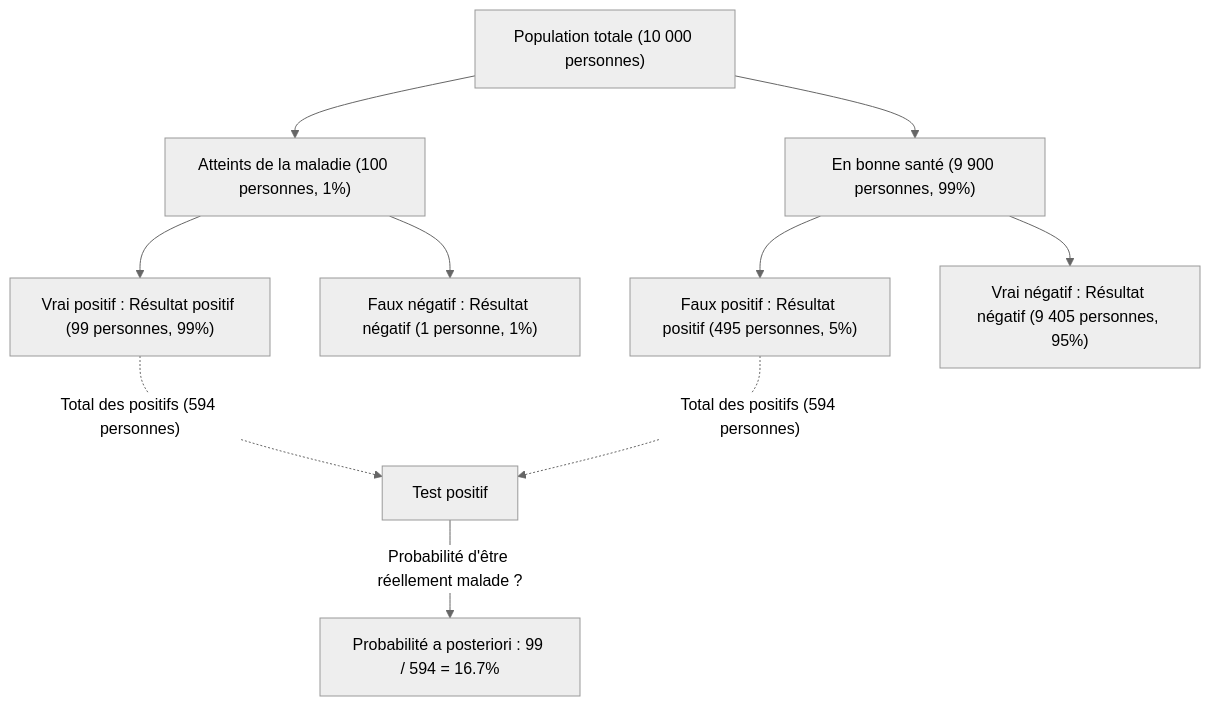
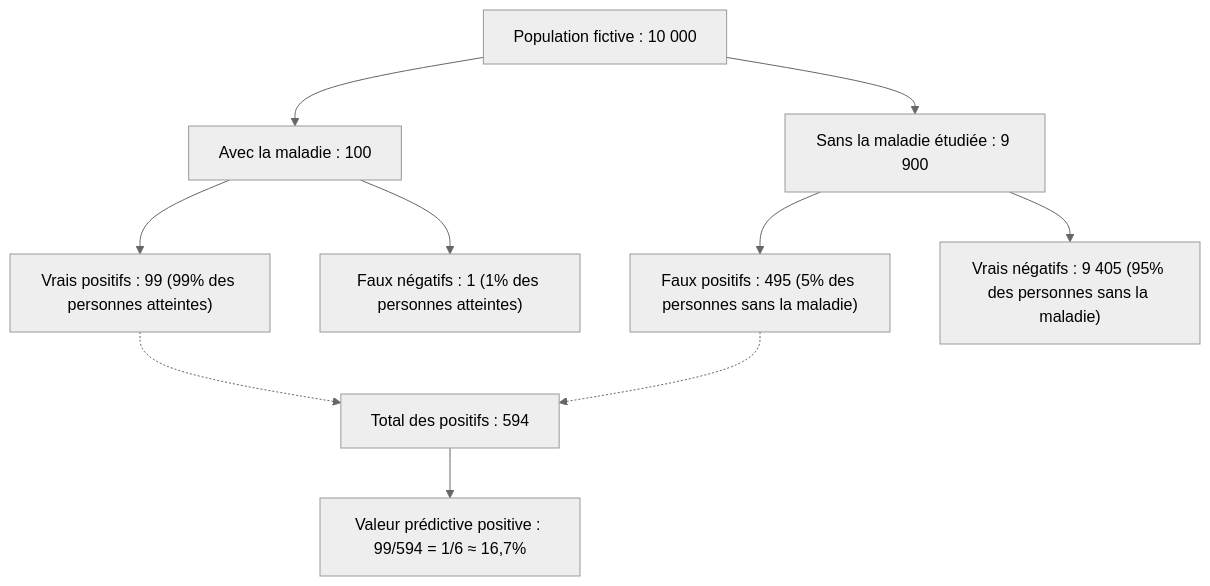
The first of 2 diagrams in content/post/bayes-theorem/index.fr.md (kenjinote/blog), drawn with Mermaid (neutral theme) before and after one commit. The commit also changed other lines of this file and 8 other files, not shown here.

````diff
--- a/content/post/bayes-theorem/index.fr.md
+++ b/content/post/bayes-theorem/index.fr.md
@@ -83,16 +114,12 @@
 ```mermaid
 flowchart TD
-    Population["Population totale (10 000 personnes)"] --> Disease["Atteints de la maladie (100 personnes, 1%)"]
-    Population --> Healthy["En bonne santé (9 900 personnes, 99%)"]
-    
-    Disease --> TruePositive["Vrai positif : Résultat positif (99 personnes, 99%)"]
-    Disease --> FalseNegative["Faux négatif : Résultat négatif (1 personne, 1%)"]
-    
-    Healthy --> FalsePositive["Faux positif : Résultat positif (495 personnes, 5%)"]
-    Healthy --> TrueNegative["Vrai négatif : Résultat négatif (9 405 personnes, 95%)"]
-
-    TruePositive -.->|"Total des positifs (594 personnes)"| AllPositives["Test positif"]
-    FalsePositive -.->|"Total des positifs (594 personnes)"| AllPositives
-    
-    AllPositives -->|"Probabilité d'être réellement malade ?"| Posterior["Probabilité a posteriori : 99 / 594 = 16.7%"]
+    Population["Population fictive : 10 000"] --> Disease["Avec la maladie : 100"]
+    Population --> NoDisease["Sans la maladie étudiée : 9 900"]
+    Disease --> TP["Vrais positifs : 99 (99% des personnes atteintes)"]
+    Disease --> FN["Faux négatifs : 1 (1% des personnes atteintes)"]
+    NoDisease --> FP["Faux positifs : 495 (5% des personnes sans la maladie)"]
+    NoDisease --> TN["Vrais négatifs : 9 405 (95% des personnes sans la maladie)"]
+    TP -.-> AllPositive["Total des positifs : 594"]
+    FP -.-> AllPositive
+    AllPositive --> PPV["Valeur prédictive positive : 99/594 = 1/6 ≈ 16,7%"]
 ```
````
